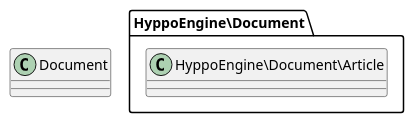
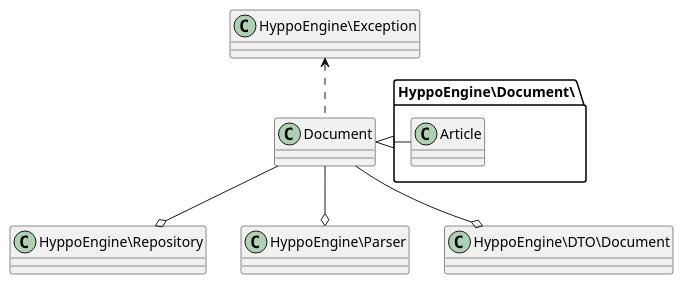
The diagram in docs/classes/wsd/Document.package.wsd (inutcin/hyppo-engine), drawn with PlantUML before and after one commit. The commit also changed 30 other files, not shown here.

```diff
--- a/docs/classes/wsd/Document.package.wsd
+++ b/docs/classes/wsd/Document.package.wsd
@@ -1,6 +1,14 @@
-class Document {
+class HyppoEngine\Document as "Document"{
 }
-package HyppoEngine\Document {
-    class HyppoEngine\Document\Article {
+HyppoEngine\Document .up.> HyppoEngine\Exception
+HyppoEngine\Document --o HyppoEngine\Repository
+HyppoEngine\Document --o HyppoEngine\Parser
+HyppoEngine\Document --o HyppoEngine\DTO\Document
+
+
+
+package HyppoEngine\Document\ {
+    class HyppoEngine\Document\Article as "Article" {
     }
+    HyppoEngine\Document\Article -right-|> HyppoEngine\Document
 }
```
